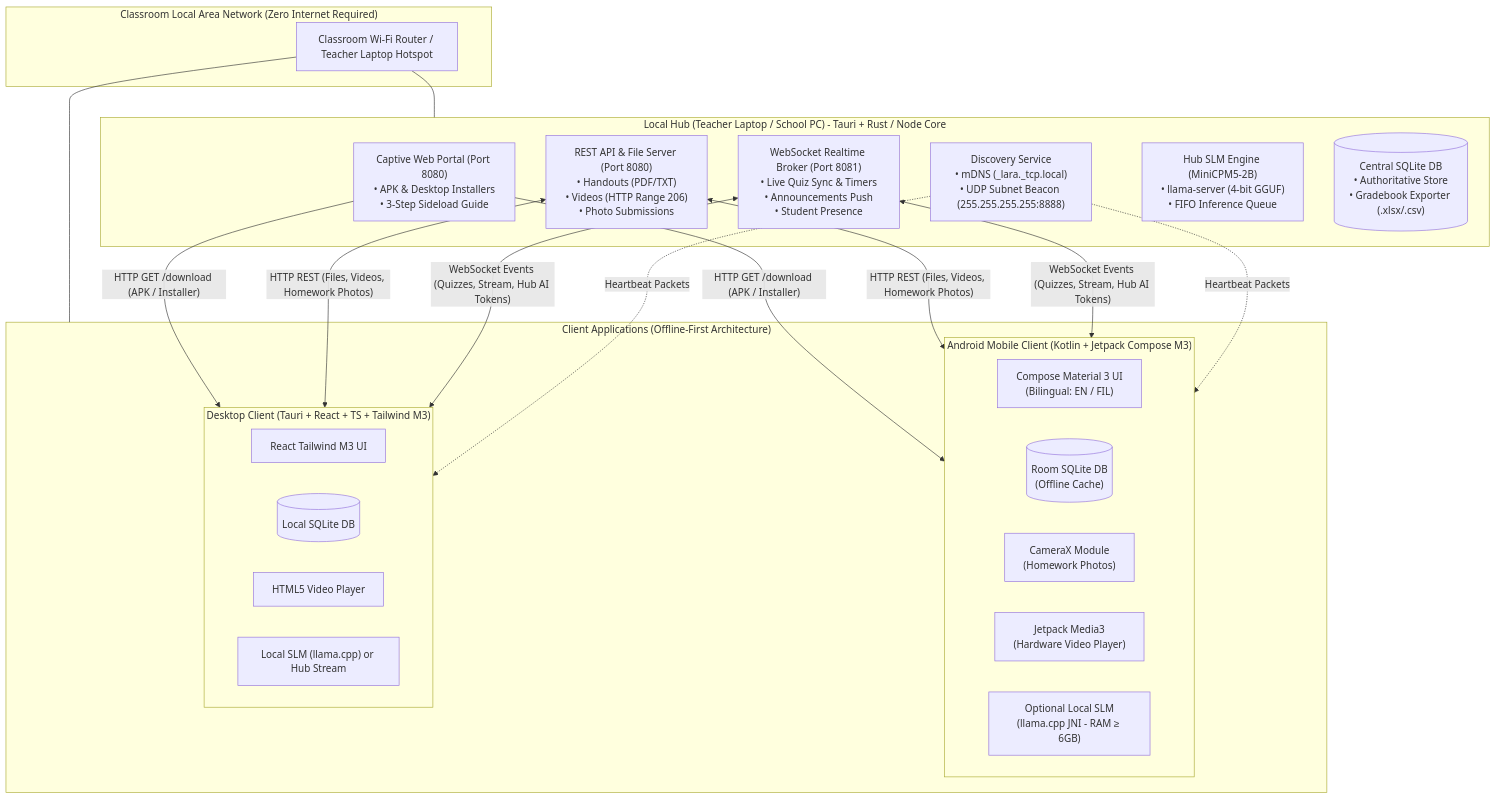
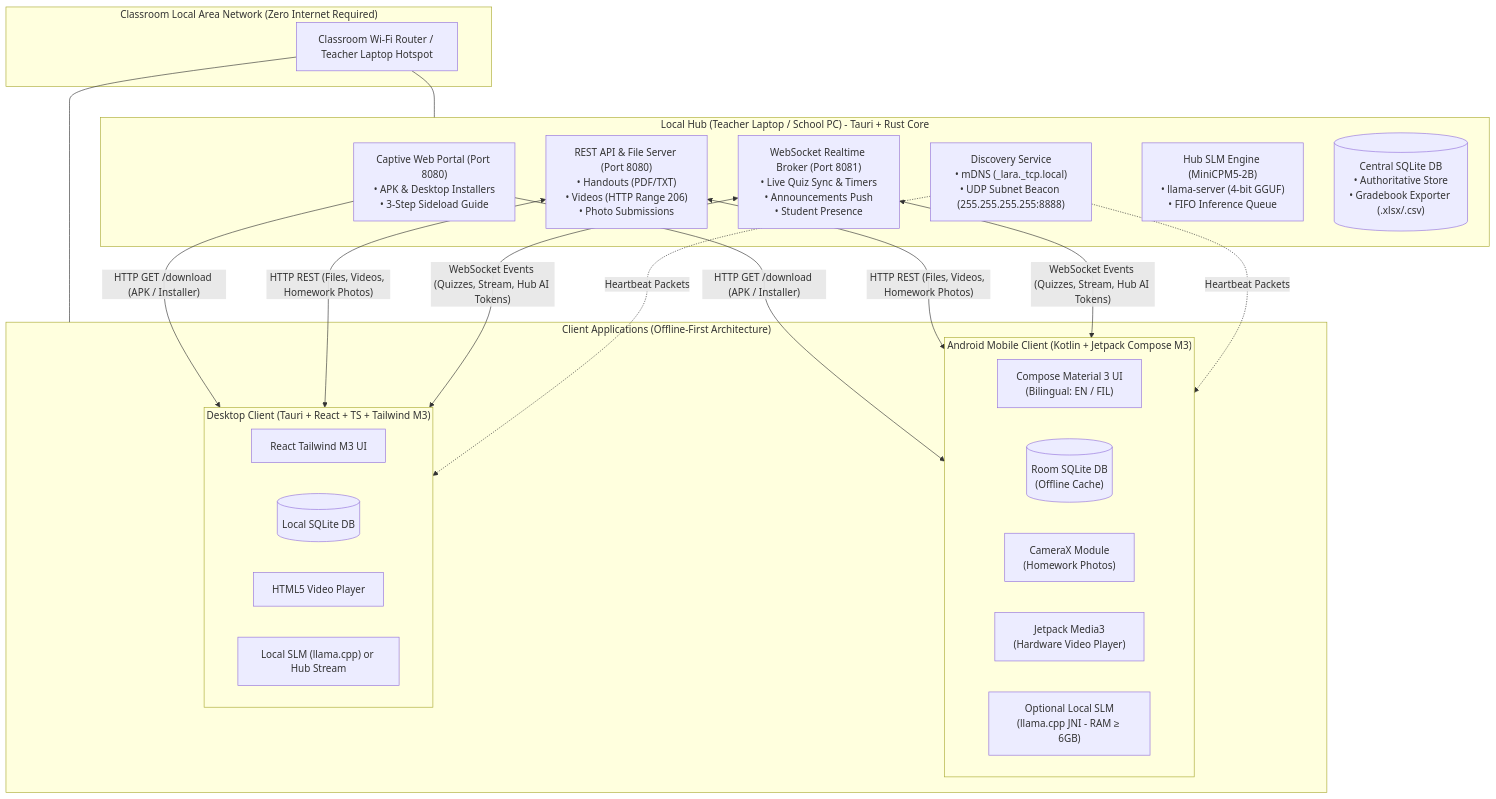
Before and after one commit to BootlegYouki/L.A.R.A: the first of 5 diagrams in docs/PRD.md, drawn with Mermaid. The commit also changed other lines of this file and 28 other files, not shown here.

````diff
--- a/docs/PRD.md
+++ b/docs/PRD.md
@@ -45,40 +48,40 @@
 ```mermaid
 flowchart TD
  subgraph RouterArea["Classroom Local Area Network (Zero Internet Required)"]
  Router["Classroom Wi-Fi Router / Teacher Laptop Hotspot"]
  end
 
- subgraph HubServer["Local Hub (Teacher Laptop / School PC) - Tauri + Rust / Node Core"]
+ subgraph HubServer["Local Hub (Teacher Laptop / School PC) - Tauri + Rust Core"]
  Captive["Captive Web Portal (Port 8080)<br/>• APK & Desktop Installers<br/>• 3-Step Sideload Guide"]
  RestEngine["REST API & File Server (Port 8080)<br/>• Handouts (PDF/TXT)<br/>• Videos (HTTP Range 206)<br/>• Photo Submissions"]
  WsBroker["WebSocket Realtime Broker (Port 8081)<br/>• Live Quiz Sync & Timers<br/>• Announcements Push<br/>• Student Presence"]
  Discovery["Discovery Service<br/>• mDNS (_lara._tcp.local)<br/>• UDP Subnet Beacon (255.255.255.255:8888)"]
  HubAI["Hub SLM Engine (MiniCPM5-2B)<br/>• llama-server (4-bit GGUF)<br/>• FIFO Inference Queue"]
  CentralDB[("Central SQLite DB<br/>• Authoritative Store<br/>• Gradebook Exporter (.xlsx/.csv)")]
  end
 
  subgraph ClientApps["Client Applications (Offline-First Architecture)"]
  subgraph AndroidClient["Android Mobile Client (Kotlin + Jetpack Compose M3)"]
  DroidUI["Compose Material 3 UI<br/>(Bilingual: EN / FIL)"]
  DroidRoom[("Room SQLite DB<br/>(Offline Cache)")]
  DroidCam["CameraX Module<br/>(Homework Photos)"]
  DroidMedia["Jetpack Media3<br/>(Hardware Video Player)"]
  DroidAI["Optional Local SLM<br/>(llama.cpp JNI - RAM ≥ 6GB)"]
  end
 
  subgraph DesktopClient["Desktop Client (Tauri + React + TS + Tailwind M3)"]
  DeskUI["React Tailwind M3 UI"]
  DeskSQLite[("Local SQLite DB")]
  DeskVideo["HTML5 Video Player"]
  DeskAI["Local SLM (llama.cpp) or Hub Stream"]
  end
  end
 
  Router --- HubServer
  Router --- ClientApps
 
  Captive -->|"HTTP GET /download (APK / Installer)"| AndroidClient & DesktopClient
  RestEngine <-->|"HTTP REST (Files, Videos, Homework Photos)"| AndroidClient & DesktopClient
  WsBroker <-->|"WebSocket Events (Quizzes, Stream, Hub AI Tokens)"| AndroidClient & DesktopClient
  Discovery -.->|"Heartbeat Packets"| AndroidClient & DesktopClient
 ```
````
